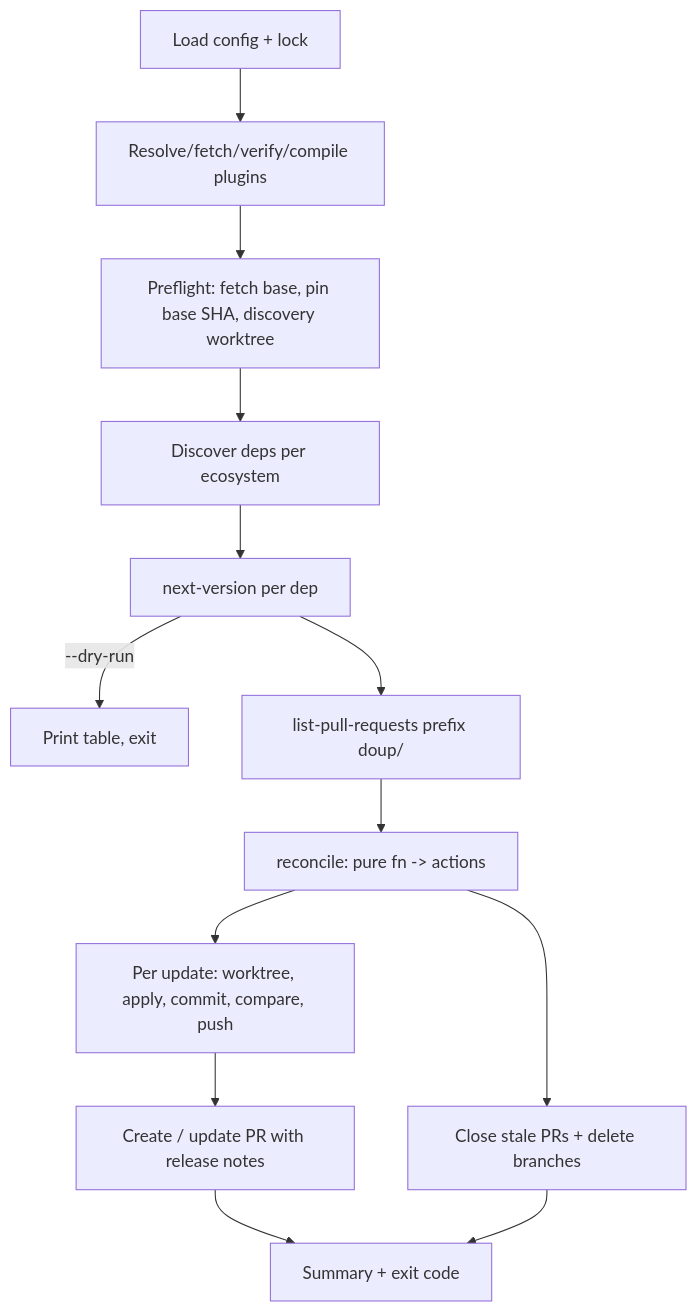
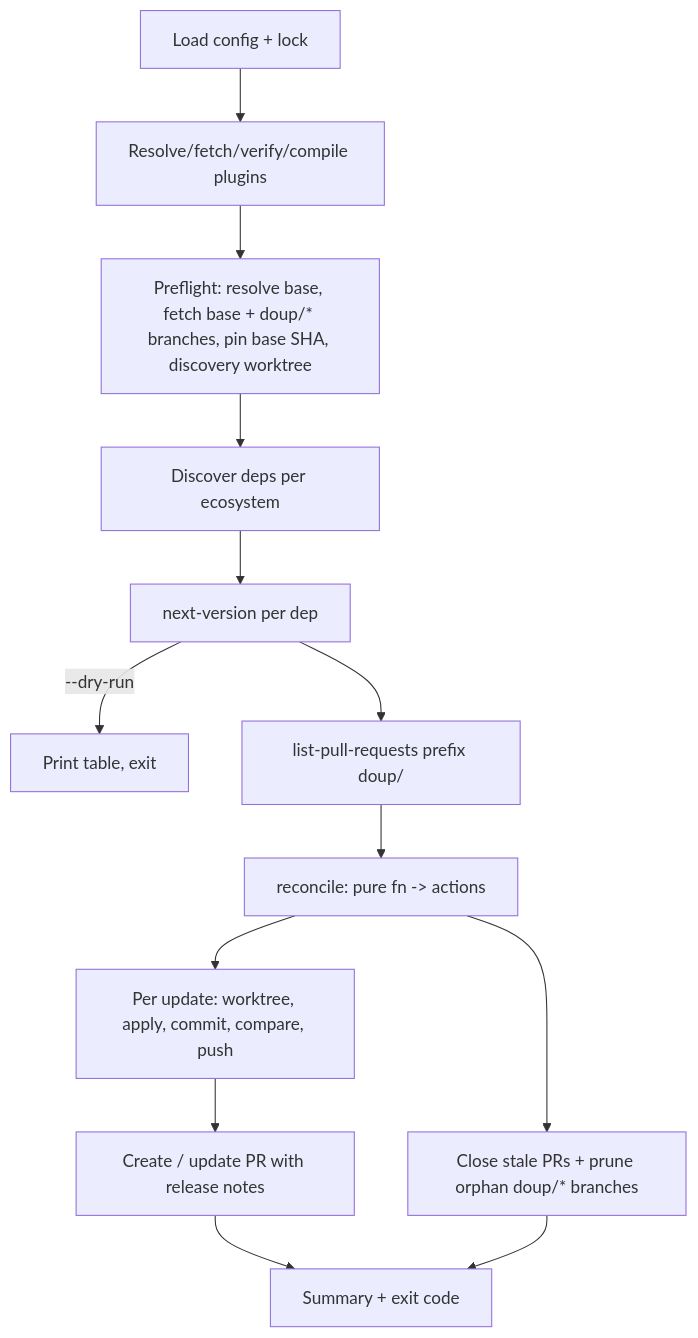
Before and after one commit to brad-jones/doup: the diagram in docs/plans/update-subcommand.md, drawn with Mermaid. The commit also changed other lines of this file, not shown here.

````diff
--- a/docs/plans/update-subcommand.md
+++ b/docs/plans/update-subcommand.md
@@ -444,15 +504,15 @@
 ```mermaid
 flowchart TD
   A[Load config + lock] --> B[Resolve/fetch/verify/compile plugins]
-  B --> C[Preflight: fetch base, pin base SHA, discovery worktree]
+  B --> C[Preflight: resolve base, fetch base + doup/* branches, pin base SHA, discovery worktree]
   C --> D[Discover deps per ecosystem]
   D --> E[next-version per dep]
   E -->|--dry-run| R[Print table, exit]
   E --> F[list-pull-requests prefix doup/]
   F --> G[reconcile: pure fn -> actions]
   G --> H[Per update: worktree, apply, commit, compare, push]
   H --> I[Create / update PR with release notes]
-  G --> J[Close stale PRs + delete branches]
+  G --> J[Close stale PRs + prune orphan doup/* branches]
   I --> K[Summary + exit code]
   J --> K
 ```
````
